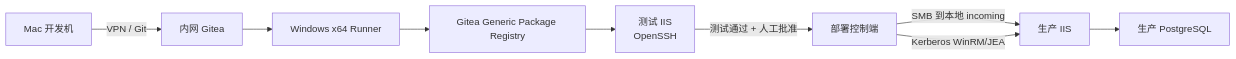
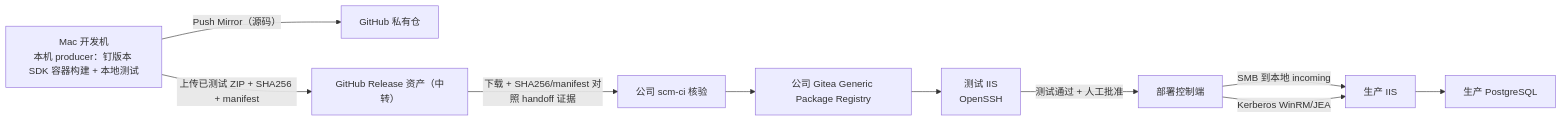
The first of 2 diagrams in 12-Windows平台自动部署方案.md (BenQue/AIGitea), drawn with Mermaid before and after one commit. The commit also changed other lines of this file, not shown here.

Commit message:
docs(delivery): align 12-Windows producer, GitHub role and authority with 07 (#293)

````diff
--- a/12-Windows平台自动部署方案.md
+++ b/12-Windows平台自动部署方案.md
@@ -37,11 +40,12 @@
 ```mermaid
 flowchart LR
-    MAC["Mac 开发机"] -->|"VPN / Git"| G["内网 Gitea"]
-    G --> WR["Windows x64 Runner"]
-    WR --> PKG["Gitea Generic Package Registry"]
+    MAC["Mac 开发机<br/>本机 producer：钉版本 SDK 容器构建 + 本地测试"] -->|"Push Mirror（源码）"| GH["GitHub 私有仓"]
+    MAC -->|"上传已测试 ZIP + SHA256 + manifest"| GHR["GitHub Release 资产（中转）"]
+    GHR -->|"下载 + SHA256/manifest 对照 handoff 证据"| CV["公司 scm-ci 核验"]
+    CV --> PKG["公司 Gitea Generic Package Registry"]
     PKG --> T["测试 IIS<br/>OpenSSH"]
     T -->|"测试通过 + 人工批准"| DC["部署控制端"]
     DC -->|"SMB 到本地 incoming"| P["生产 IIS"]
     DC -->|"Kerberos WinRM/JEA"| P
     P --> DB["生产 PostgreSQL"]
 ```
````
